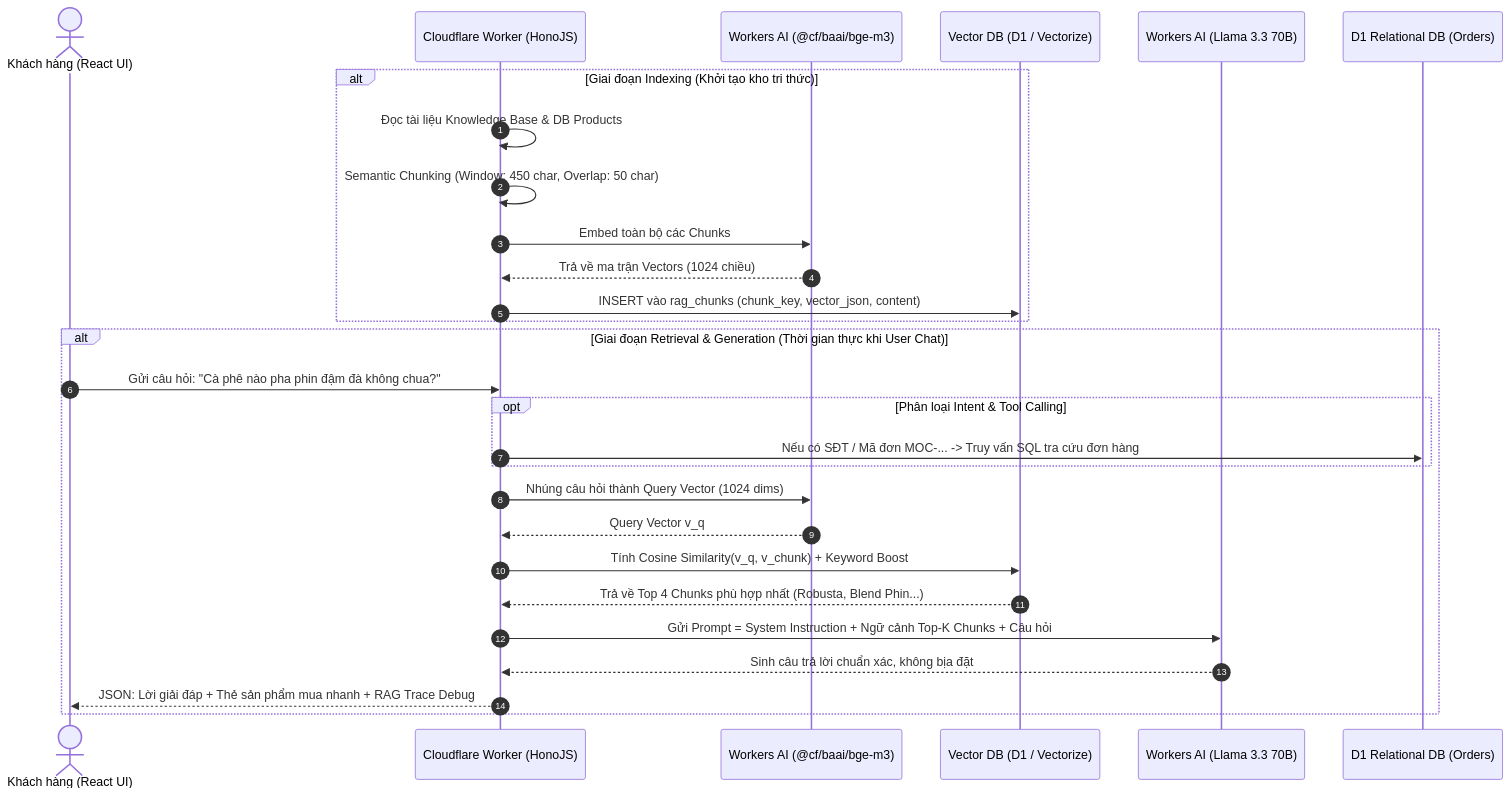
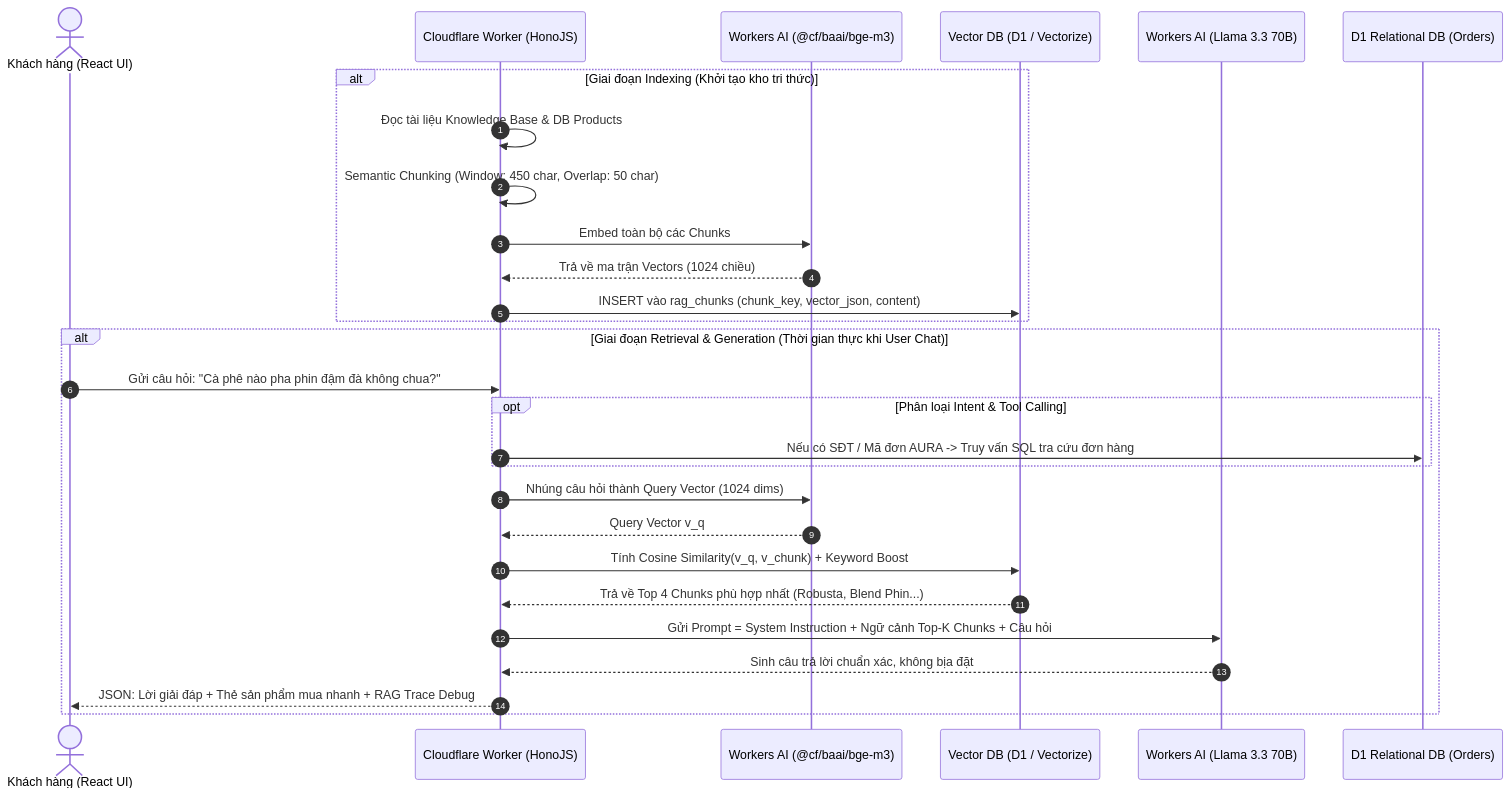
Before and after one commit to trandangkhoilt-arch/AURA-COFFEE: the diagram in docs/BAO_CAO_KY_THUAT_CHATBOT_RAG.md, drawn with Mermaid. The commit also changed other lines of this file and 24 other files, not shown here.

````diff
--- a/docs/BAO_CAO_KY_THUAT_CHATBOT_RAG.md
+++ b/docs/BAO_CAO_KY_THUAT_CHATBOT_RAG.md
@@ -80,35 +80,35 @@
 ```mermaid
 sequenceDiagram
     autonumber
     actor User as Khách hàng (React UI)
     participant Worker as Cloudflare Worker (HonoJS)
     participant Embed as Workers AI (@cf/baai/bge-m3)
     participant VectorDB as Vector DB (D1 / Vectorize)
     participant LLM as Workers AI (Llama 3.3 70B)
     participant SQL as D1 Relational DB (Orders)
 
     alt Giai đoạn Indexing (Khởi tạo kho tri thức)
         Worker->>Worker: Đọc tài liệu Knowledge Base & DB Products
         Worker->>Worker: Semantic Chunking (Window: 450 char, Overlap: 50 char)
         Worker->>Embed: Embed toàn bộ các Chunks
         Embed-->>Worker: Trả về ma trận Vectors (1024 chiều)
         Worker->>VectorDB: INSERT vào rag_chunks (chunk_key, vector_json, content)
     end
 
     alt Giai đoạn Retrieval & Generation (Thời gian thực khi User Chat)
         User->>Worker: Gửi câu hỏi: "Cà phê nào pha phin đậm đà không chua?"
         
         opt Phân loại Intent & Tool Calling
-            Worker->>SQL: Nếu có SĐT / Mã đơn MOC-... -> Truy vấn SQL tra cứu đơn hàng
+            Worker->>SQL: Nếu có SĐT / Mã đơn AURA -> Truy vấn SQL tra cứu đơn hàng
         end
 
         Worker->>Embed: Nhúng câu hỏi thành Query Vector (1024 dims)
         Embed-->>Worker: Query Vector v_q
         Worker->>VectorDB: Tính Cosine Similarity(v_q, v_chunk) + Keyword Boost
         VectorDB-->>Worker: Trả về Top 4 Chunks phù hợp nhất (Robusta, Blend Phin...)
         
         Worker->>LLM: Gửi Prompt = System Instruction + Ngữ cảnh Top-K Chunks + Câu hỏi
         LLM-->>Worker: Sinh câu trả lời chuẩn xác, không bịa đặt
         Worker-->>User: JSON: Lời giải đáp + Thẻ sản phẩm mua nhanh + RAG Trace Debug
     end
 ```
````
